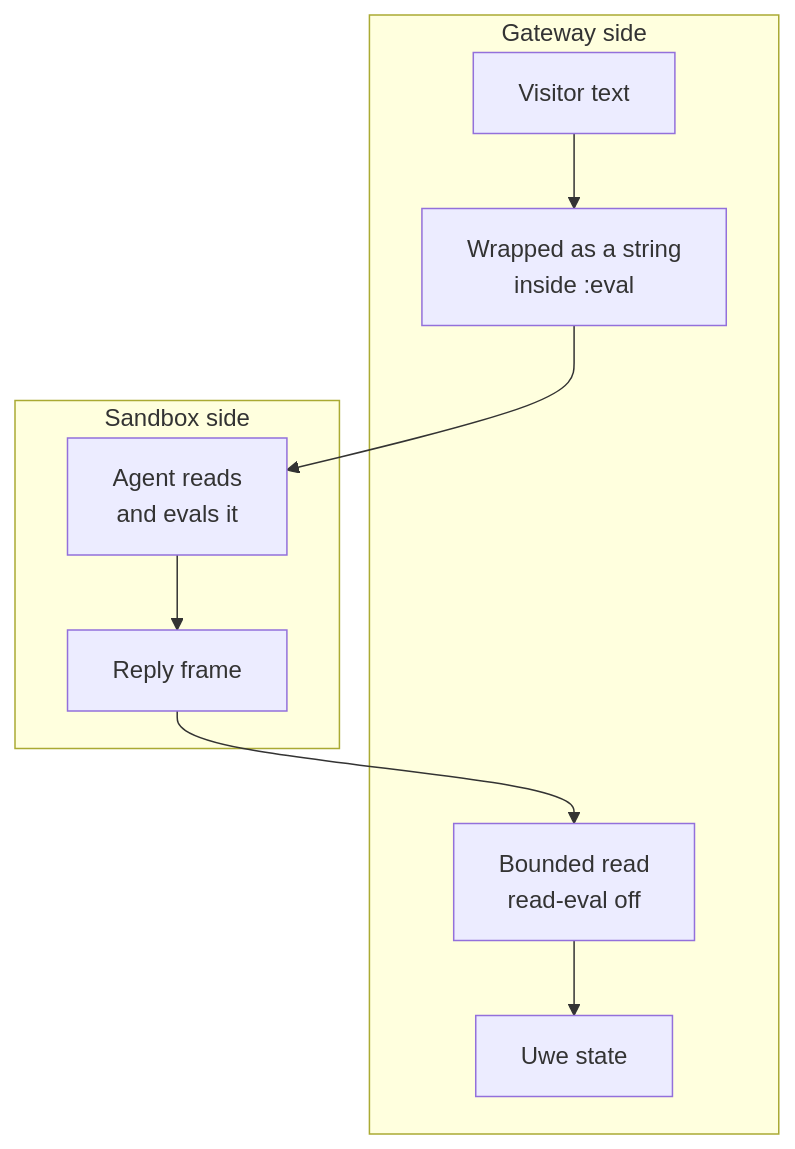
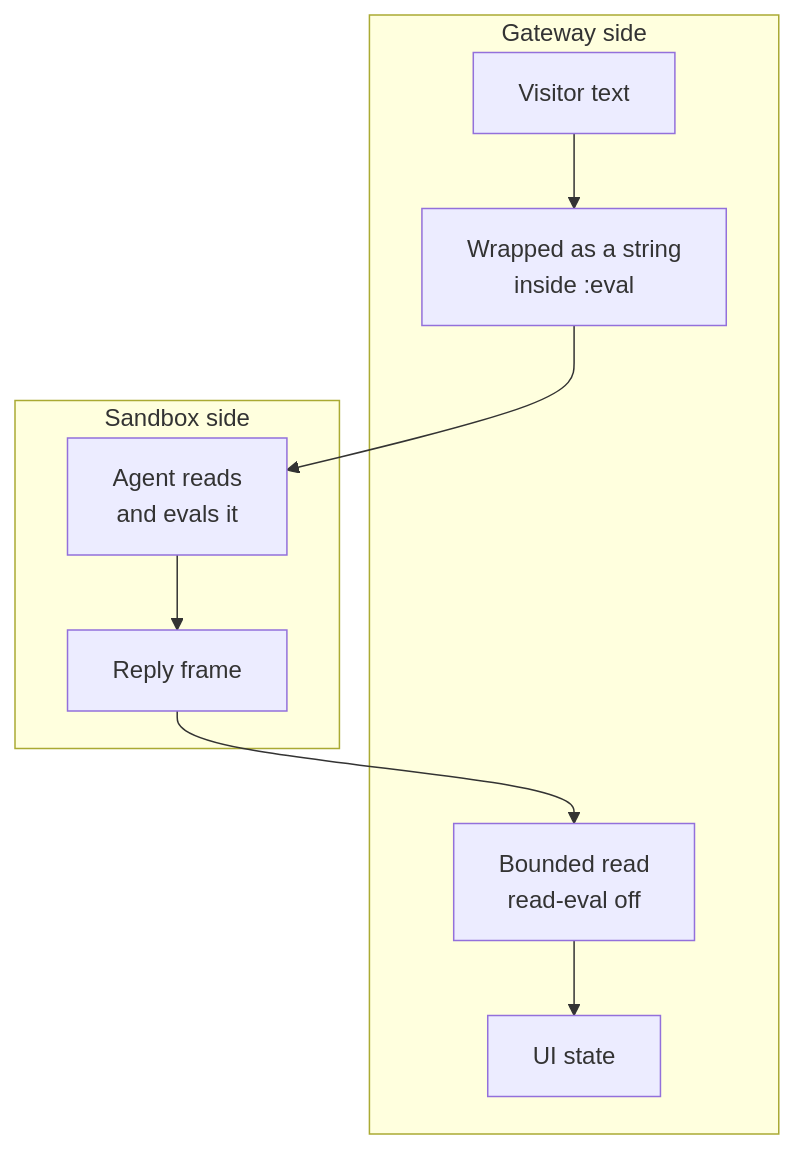
The second of 9 diagrams in docs/reference/internal/architecture.md (real-limoges/to-restart-is-divine), drawn with Mermaid before and after one commit. The commit also changed other lines of this file and 13 other files, not shown here.

````diff
--- a/docs/reference/internal/architecture.md
+++ b/docs/reference/internal/architecture.md
@@ -61,17 +61,17 @@
 ```mermaid
 flowchart TB
   subgraph outside["Gateway side"]
     typed["Visitor text"]
     wrap["Wrapped as a string<br/>inside :eval"]
     parse["Bounded read<br/>read-eval off"]
-    state["Uwe state"]
+    state["UI state"]
   end
   subgraph inside["Sandbox side"]
     agent["Agent reads<br/>and evals it"]
     reply["Reply frame"]
   end
   typed --> wrap --> agent
   agent --> reply --> parse --> state
   class typed,wrap,parse,state tone-blue
   class agent,reply tone-amber
 ```
````
